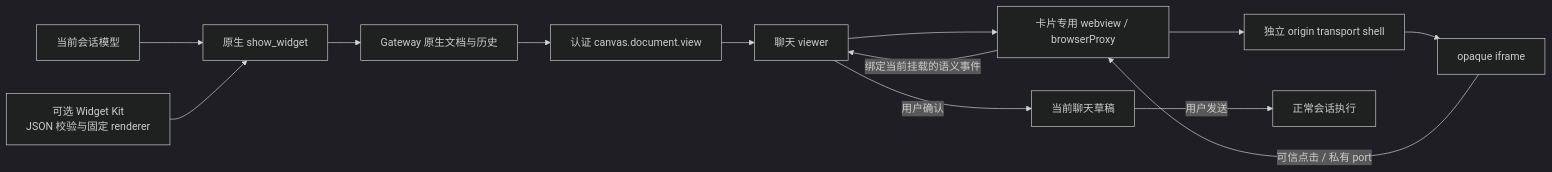
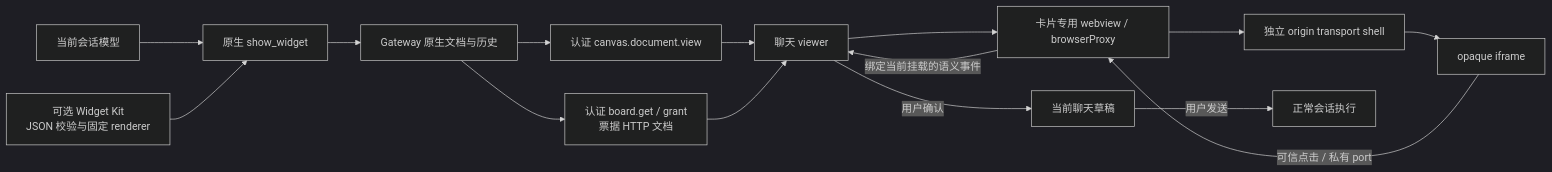
The diagram in docs/features/chat/interactive-answers.md (liangxhao/JustDo), drawn with Mermaid (dark theme) before and after one commit. The commit also changed other lines of this file and 87 other files, not shown here.

````diff
--- a/docs/features/chat/interactive-answers.md
+++ b/docs/features/chat/interactive-answers.md
@@ -188,15 +249,17 @@
 ```mermaid
 flowchart LR
   Model[当前会话模型] --> Tool[原生 show_widget]
   Plugin[可选 Widget Kit<br/>JSON 校验与固定 renderer] --> Tool
   Tool --> Native[Gateway 原生文档与历史]
   Native --> View[认证 canvas.document.view]
+  Native --> Board[认证 board.get / grant<br/>票据 HTTP 文档]
   View --> Host[聊天 viewer]
+  Board --> Host
   Host --> Guest[卡片专用 webview / browserProxy]
   Guest --> Outer[独立 origin transport shell]
   Outer --> Inner[opaque iframe]
   Inner -->|可信点击 / 私有 port| Guest
   Guest -->|绑定当前挂载的语义事件| Host
   Host -->|用户确认| Draft[当前聊天草稿]
   Draft -->|用户发送| Run[正常会话执行]
 ```
````
